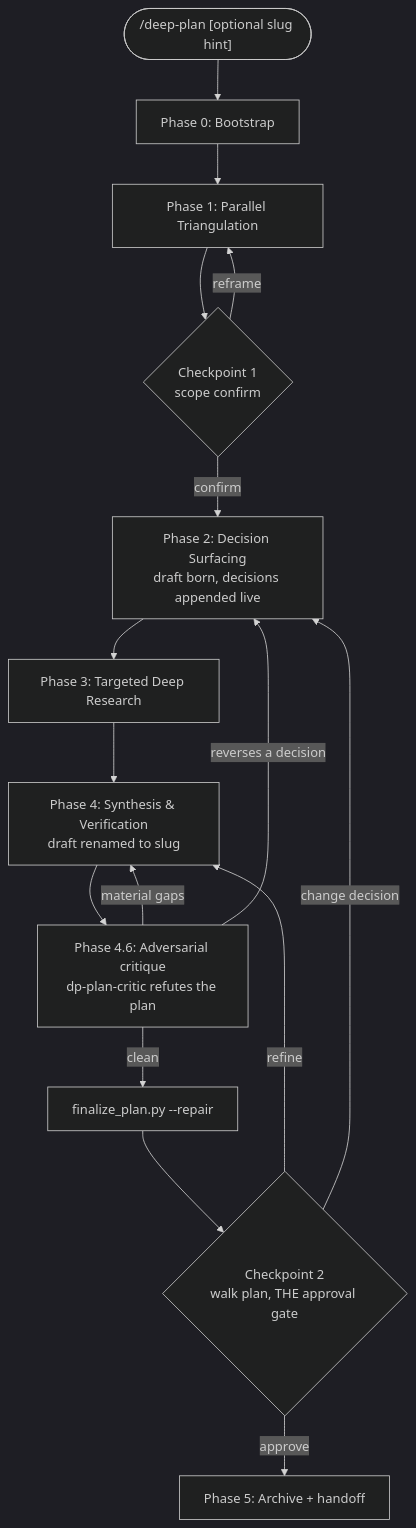
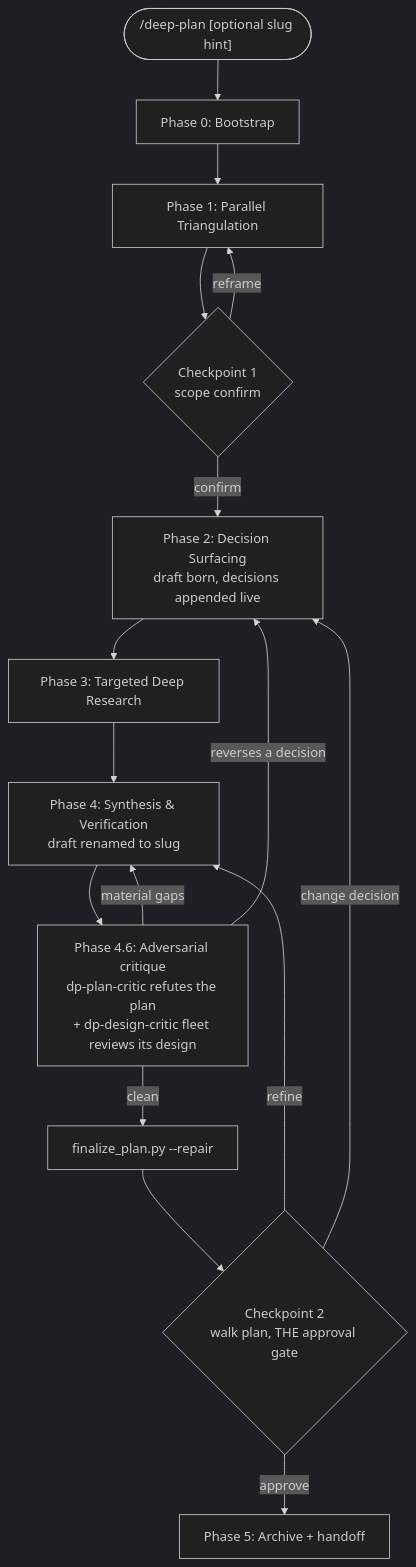
One commit to Tsadoq/claude-better-plan changed the diagram in skills/deep-plan/SKILL.md. Above: the diagram before and after it, drawn with Mermaid (dark theme). The commit also changed other lines of this file and 15 other files, not shown here.

First line of the commit message:
feat: embed design-review critic fleet across plan, critique, and execute stages

````diff
--- a/skills/deep-plan/SKILL.md
+++ b/skills/deep-plan/SKILL.md
@@ -82,18 +84,18 @@
 ```mermaid
 flowchart TD
     Start(["/deep-plan [optional slug hint]"]) --> P0
     P0[Phase 0: Bootstrap] --> P1[Phase 1: Parallel Triangulation]
     P1 --> CP1{Checkpoint 1<br/>scope confirm}
     CP1 -->|reframe| P1
     CP1 -->|confirm| P2[Phase 2: Decision Surfacing<br/>draft born, decisions appended live]
     P2 --> P3[Phase 3: Targeted Deep Research]
     P3 --> P4[Phase 4: Synthesis & Verification<br/>draft renamed to slug]
-    P4 --> P45[Phase 4.6: Adversarial critique<br/>dp-plan-critic refutes the plan]
+    P4 --> P45[Phase 4.6: Adversarial critique<br/>dp-plan-critic refutes the plan<br/>+ dp-design-critic fleet reviews its design]
     P45 -->|material gaps| P4
     P45 -->|reverses a decision| P2
     P45 -->|clean| REP["finalize_plan.py --repair"]
     REP --> CP2{Checkpoint 2<br/>walk plan, THE approval gate}
     CP2 -->|refine| P4
     CP2 -->|change decision| P2
     CP2 -->|approve| P5[Phase 5: Archive + handoff]
 ```
````
